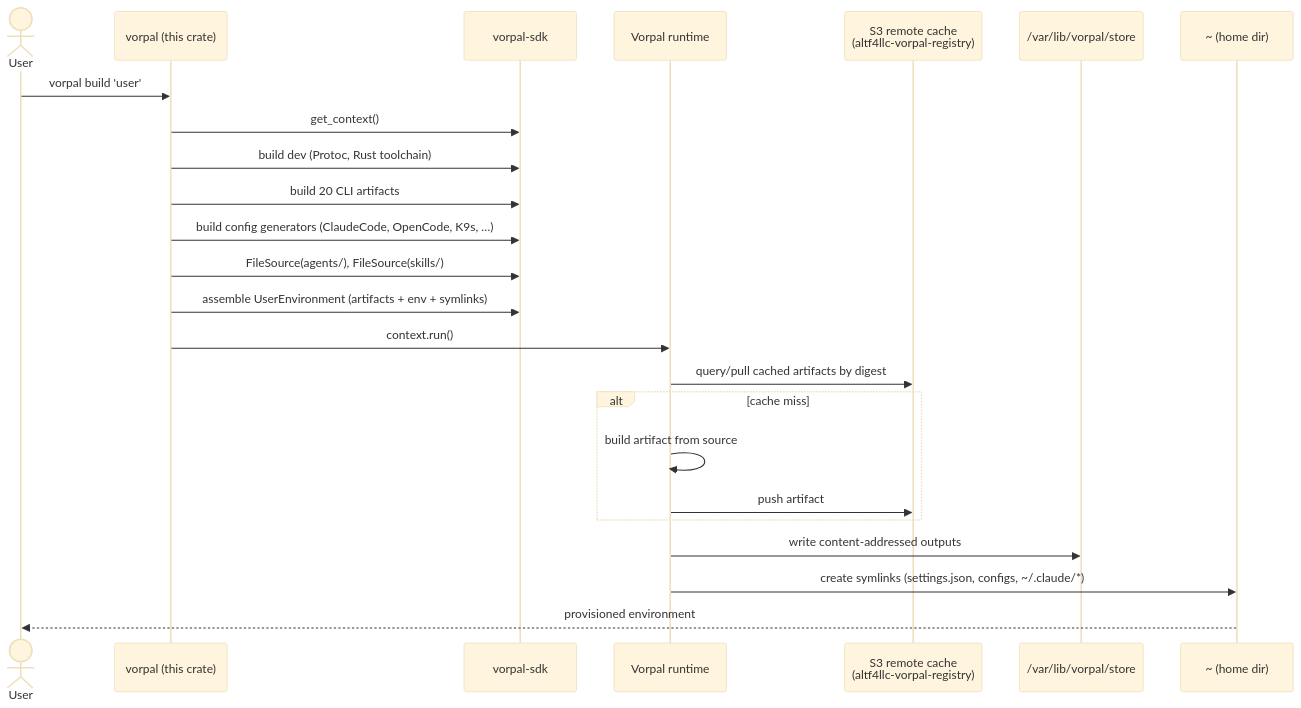
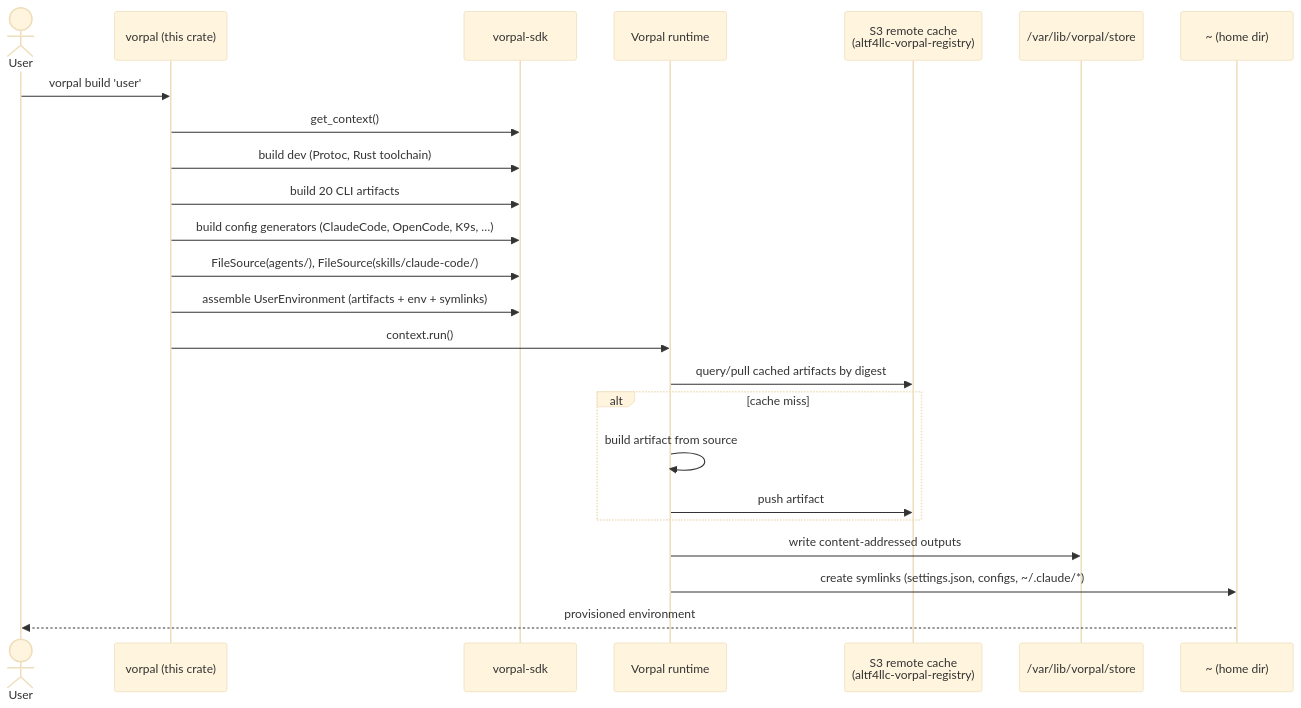
The second of 2 diagrams in docs/spec/architecture.md (ALT-F4-LLC/dotfiles.vorpal), drawn with Mermaid (base theme) before and after one commit. The commit also changed other lines of this file and 25 other files, not shown here.

Commit message:
refactor: move claude code skills under namespace

````diff
--- a/docs/spec/architecture.md
+++ b/docs/spec/architecture.md
@@ -120,27 +120,27 @@
 ```mermaid
 sequenceDiagram
     actor User
     participant Bin as vorpal (this crate)
     participant SDK as vorpal-sdk
     participant RT as Vorpal runtime
     participant S3 as S3 remote cache<br/>(altf4llc-vorpal-registry)
     participant Store as /var/lib/vorpal/store
     participant Home as ~ (home dir)
 
     User->>Bin: vorpal build 'user'
     Bin->>SDK: get_context()
     Bin->>SDK: build dev (Protoc, Rust toolchain)
     Bin->>SDK: build 20 CLI artifacts
     Bin->>SDK: build config generators (ClaudeCode, OpenCode, K9s, …)
-    Bin->>SDK: FileSource(agents/), FileSource(skills/)
+    Bin->>SDK: FileSource(agents/), FileSource(skills/claude-code/)
     Bin->>SDK: assemble UserEnvironment (artifacts + env + symlinks)
     Bin->>RT: context.run()
     RT->>S3: query/pull cached artifacts by digest
     alt cache miss
         RT->>RT: build artifact from source
         RT->>S3: push artifact
     end
     RT->>Store: write content-addressed outputs
     RT->>Home: create symlinks (settings.json, configs, ~/.claude/*)
     Home-->>User: provisioned environment
 ```
````
